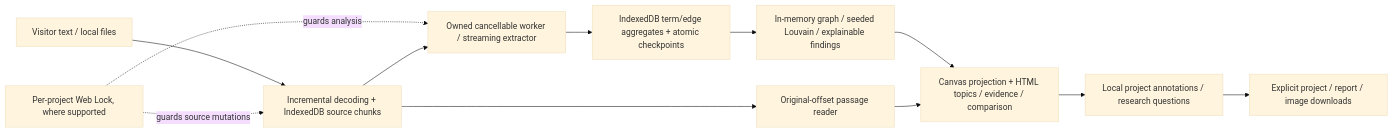
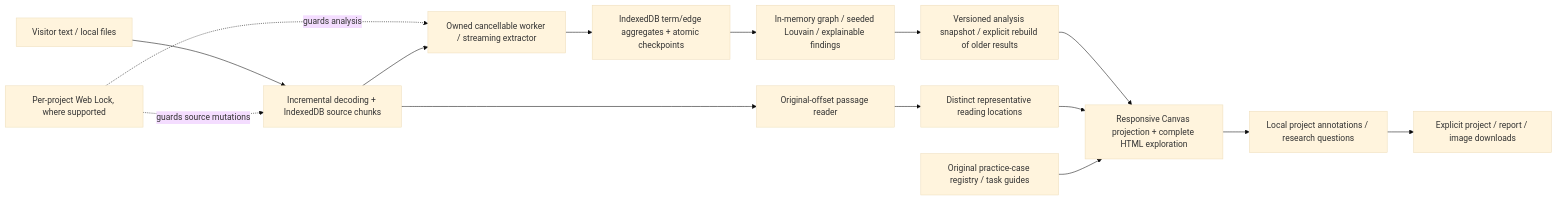
Diagram 16 of 34 in docs/architecture/ARCHITECTURE.md (suvrotica/suvroghosh-in), drawn with Mermaid (base theme) before and after one commit. The commit also changed other lines of this file and 21 other files, not shown here.

Commit message:
Refine Knowledge Gap Atlas with real-document evidence and guided cases

````diff
--- a/docs/architecture/ARCHITECTURE.md
+++ b/docs/architecture/ARCHITECTURE.md
@@ -824,14 +842,17 @@
 ```mermaid
 flowchart LR
     Input["Visitor text / local files"] --> Chunks["Incremental decoding + IndexedDB source chunks"]
     Lock["Per-project Web Lock, where supported"] -. guards source mutations .-> Chunks
     Lock -. guards analysis .-> Worker
     Chunks --> Worker["Owned cancellable worker / streaming extractor"]
     Worker --> Aggregate["IndexedDB term/edge aggregates + atomic checkpoints"]
     Aggregate --> Graph["In-memory graph / seeded Louvain / explainable findings"]
-    Graph --> UI["Canvas projection + HTML topics / evidence / comparison"]
+    Graph --> Snapshot["Versioned analysis snapshot / explicit rebuild of older results"]
+    Snapshot --> UI["Responsive Canvas projection + complete HTML exploration"]
     Chunks --> Evidence["Original-offset passage reader"]
-    Evidence --> UI
+    Evidence --> Locations["Distinct representative reading locations"]
+    Locations --> UI
+    Cases["Original practice-case registry / task guides"] --> UI
     UI --> Plan["Local project annotations / research questions"]
     Plan --> Export["Explicit project / report / image downloads"]
 ```
````
